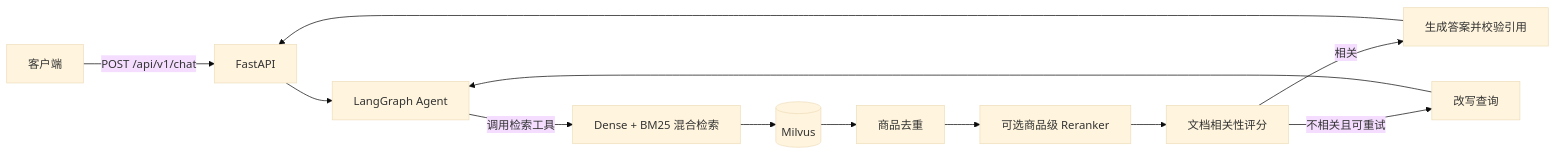
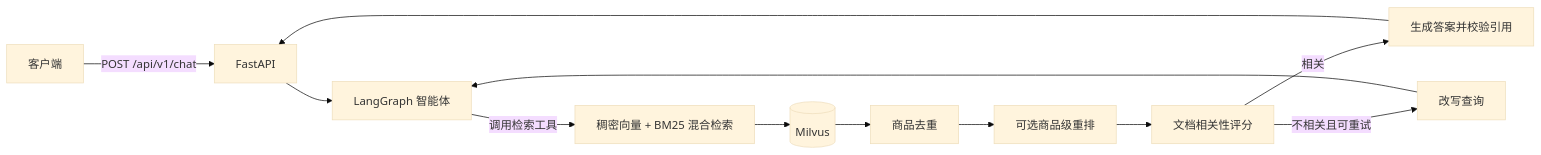
One commit to wenbralliance/trusted-ecommerce-rag changed the diagram in README.md. Above: the diagram before and after it, drawn with Mermaid (base theme). The commit also changed other lines of this file and 13 other files, not shown here.

````diff
--- a/README.md
+++ b/README.md
@@ -31,14 +31,14 @@
 ```mermaid
 flowchart LR
     A[客户端] -->|POST /api/v1/chat| B[FastAPI]
-    B --> C[LangGraph Agent]
-    C -->|调用检索工具| D[Dense + BM25 混合检索]
+    B --> C[LangGraph 智能体]
+    C -->|调用检索工具| D[稠密向量 + BM25 混合检索]
     D --> E[(Milvus)]
     E --> F[商品去重]
-    F --> J[可选商品级 Reranker]
+    F --> J[可选商品级重排]
     J --> G[文档相关性评分]
     G -->|相关| H[生成答案并校验引用]
     G -->|不相关且可重试| I[改写查询]
     I --> C
     H --> B
 ```
````
